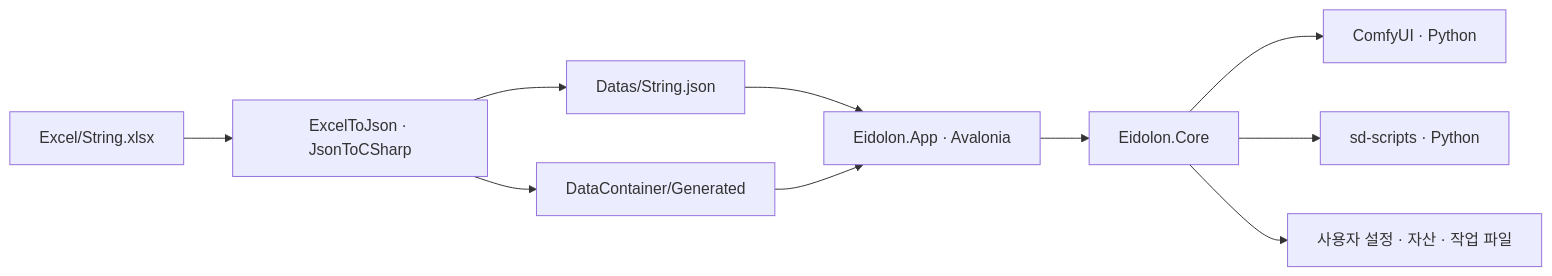
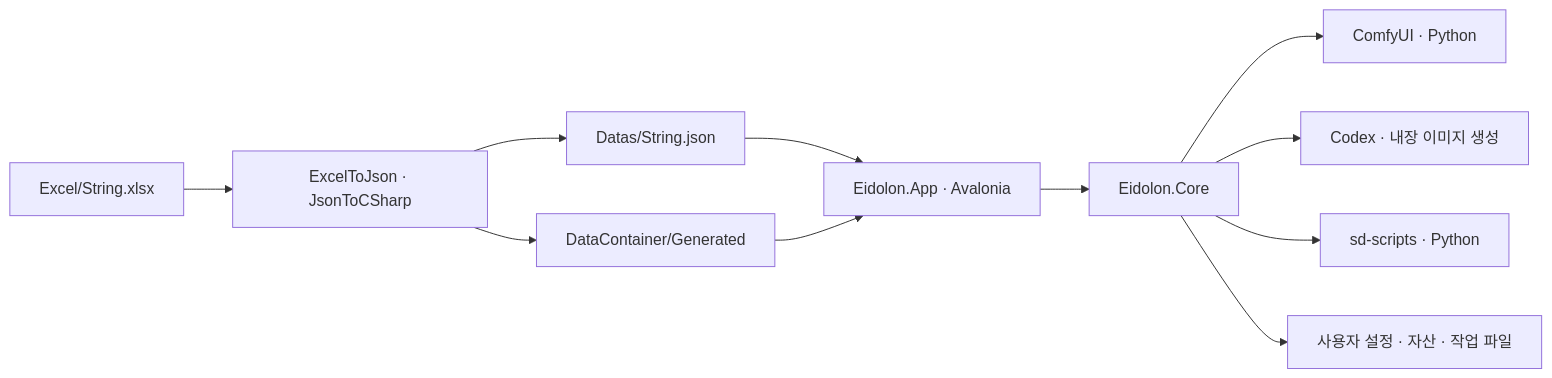
One commit to EomTaeWook/Eidolon changed the diagram in Docs/EidolonArchitecture.md. Above: the diagram before and after it, drawn with Mermaid. The commit also changed other lines of this file and 58 other files, not shown here.

Commit message:
Codex 이미지 생성과 생성 환경 UI 및 학습 데이터 자동 준비 개선

````diff
--- a/Docs/EidolonArchitecture.md
+++ b/Docs/EidolonArchitecture.md
@@ -15,12 +15,13 @@
 ```mermaid
 flowchart LR
     Excel[Excel/String.xlsx] --> Export[ExcelToJson · JsonToCSharp]
     Export --> Json[Datas/String.json]
     Export --> Templates[DataContainer/Generated]
     Json --> App[Eidolon.App · Avalonia]
     Templates --> App
     App --> Core[Eidolon.Core]
     Core --> Comfy[ComfyUI · Python]
+    Core --> Codex[Codex · 내장 이미지 생성]
     Core --> Training[sd-scripts · Python]
     Core --> Files[사용자 설정 · 자산 · 작업 파일]
 ```
````
